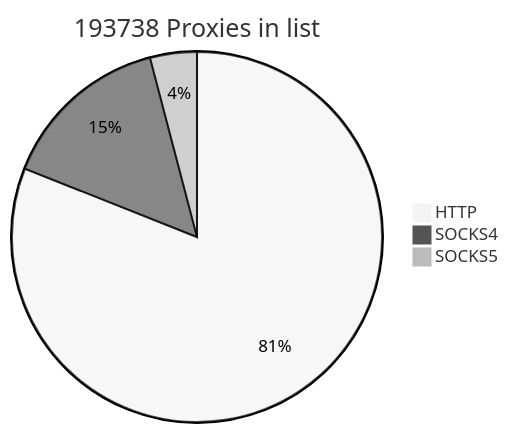
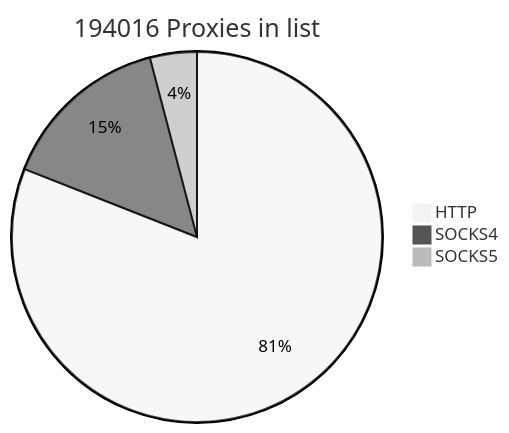
Before and after one commit to cutipu/proxylist: the first of 2 diagrams in README.md, drawn with Mermaid (neutral theme). The commit also changed other lines of this file, not shown here.

````diff
--- a/README.md
+++ b/README.md
@@ -2,7 +2,7 @@
 ```mermaid
-pie title 193738 Proxies in list
-    "HTTP" : 156963
-    "SOCKS4" : 28862
-    "SOCKS5" : 7913
+pie title 194016 Proxies in list
+    "HTTP" : 157101
+    "SOCKS4" : 28981
+    "SOCKS5" : 7934
             
 ```
````
